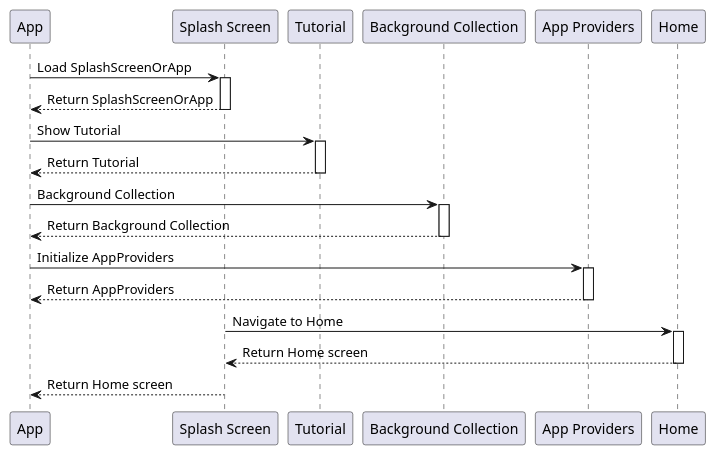
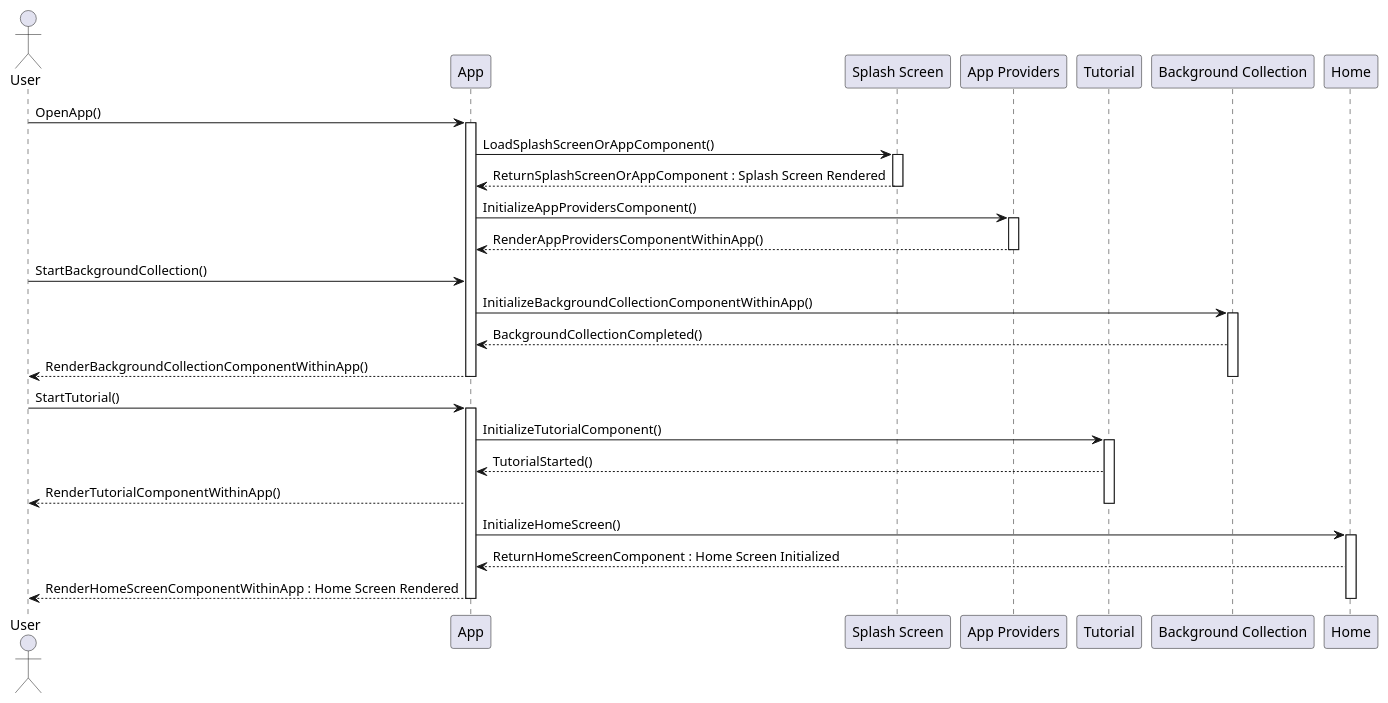
One commit to Windesheim-AI/UML-diagrams changed the diagram in tdd/startup-phase-sequence.puml. Above: the diagram before and after it, drawn with PlantUML.

Commit message:
fix: :sparkles: made the sequence diagram better

```diff
--- a/tdd/startup-phase-sequence.puml
+++ b/tdd/startup-phase-sequence.puml
@@ -1,35 +1,45 @@
 @startuml SequenceStartUpPhase
+
+actor "User" as U
 participant "App" as A
 participant "Splash Screen" as C
+participant "App Providers" as B
 participant "Tutorial" as T
 participant "Background Collection" as BC
-participant "App Providers" as B
 participant "Home" as D
 
-A -> C: Load SplashScreenOrApp
+U -> A: OpenApp()
+activate A
+A -> C: LoadSplashScreenOrAppComponent()
 activate C
-C --> A: Return SplashScreenOrApp
+C --> A: ReturnSplashScreenOrAppComponent : Splash Screen Rendered 
 deactivate C
+A -> B: InitializeAppProvidersComponent()
+activate B
+B --> A: RenderAppProvidersComponentWithinApp()
+deactivate B
 
-A -> T: Show Tutorial
+U -> A: StartBackgroundCollection()
+A -> BC: InitializeBackgroundCollectionComponentWithinApp()
+activate BC
+BC --> A: BackgroundCollectionCompleted()
+A --> U: RenderBackgroundCollectionComponentWithinApp()
+deactivate BC
+deactivate A
+
+U -> A: StartTutorial()
+activate A
+A -> T: InitializeTutorialComponent()
 activate T
-T --> A: Return Tutorial
+T --> A: TutorialStarted()
+A --> U: RenderTutorialComponentWithinApp()
 deactivate T
 
-A -> BC: Background Collection
-activate BC
-BC --> A: Return Background Collection
-deactivate BC
-
-A -> B: Initialize AppProviders
-activate B
-B --> A: Return AppProviders
-deactivate B
-
-C -> D: Navigate to Home
+A -> D: InitializeHomeScreen()
 activate D
-D --> C: Return Home screen
+D --> A: ReturnHomeScreenComponent : Home Screen Initialized
+A --> U: RenderHomeScreenComponentWithinApp : Home Screen Rendered
 deactivate D
-C --> A: Return Home screen
+deactivate A
 
 @enduml
```
